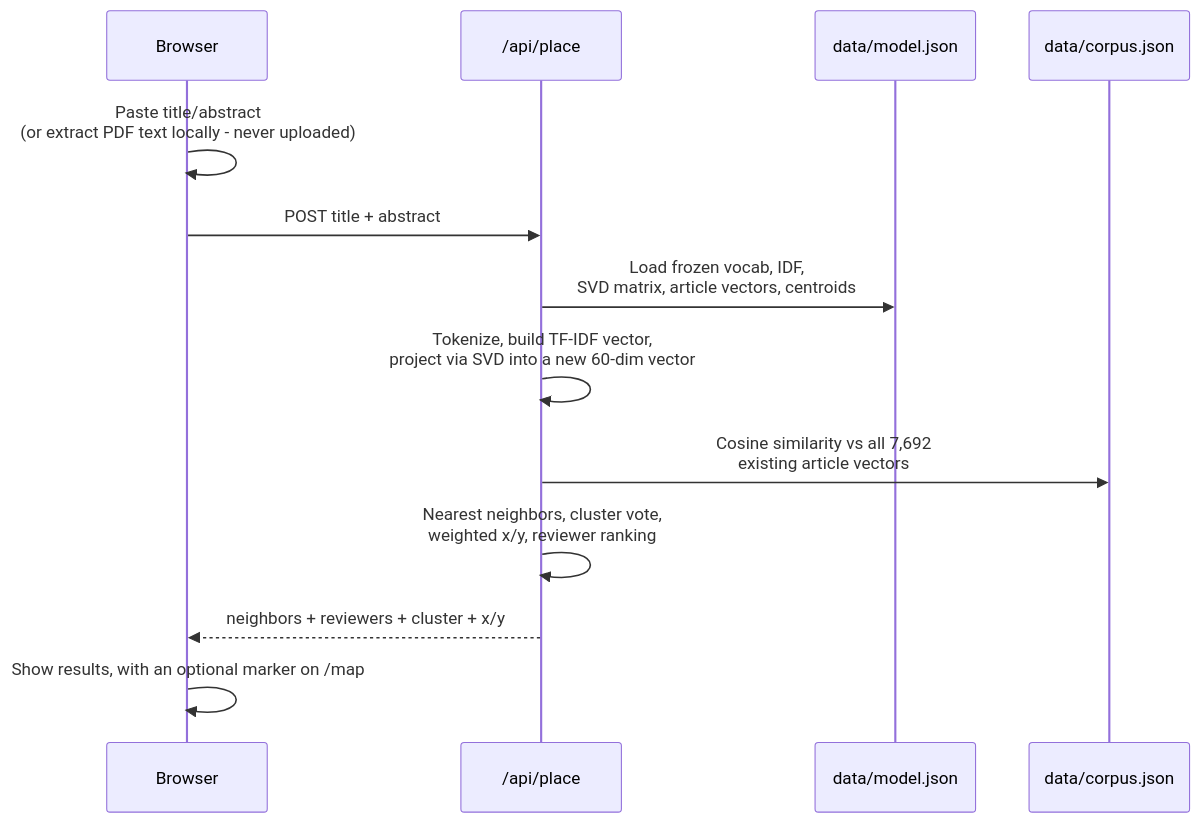
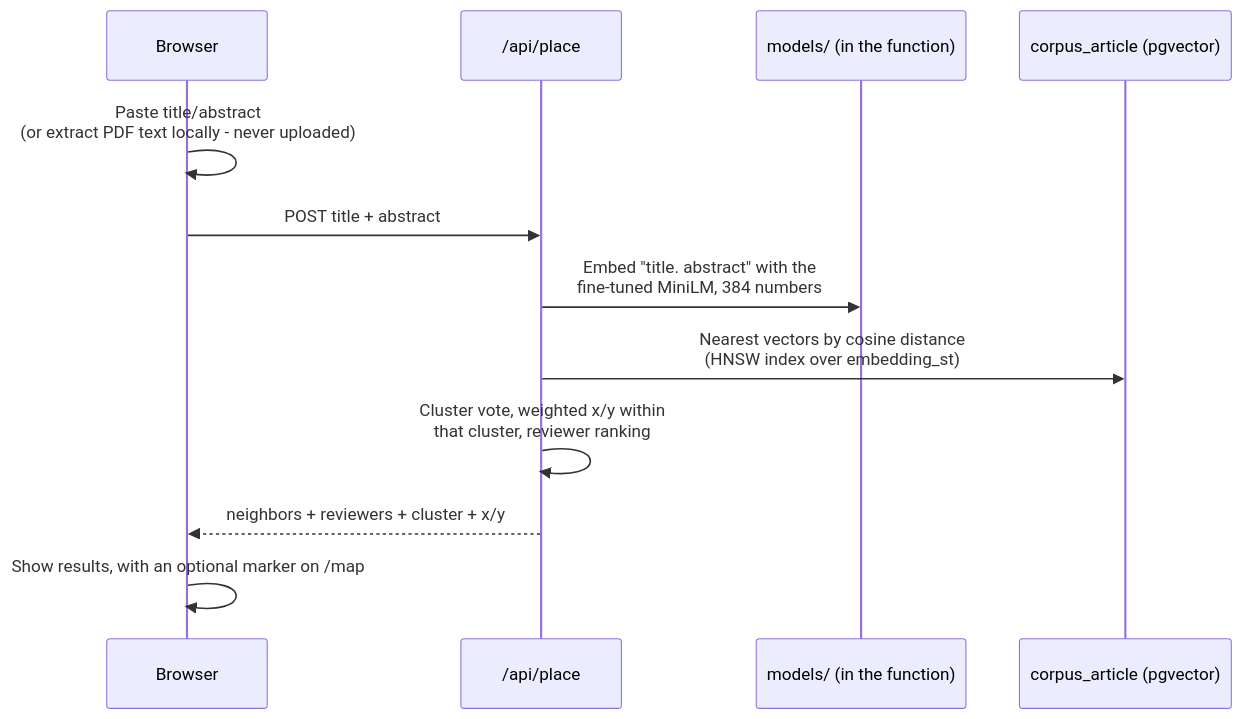
The second of 2 diagrams in README.md (david-j-cox/published-landscape), drawn with Mermaid before and after one commit. The commit also changed other lines of this file and 5 other files, not shown here.

````diff
--- a/README.md
+++ b/README.md
@@ -118,16 +122,15 @@
 ```mermaid
 sequenceDiagram
     participant U as Browser
     participant API as /api/place
-    participant M as data/model.json
-    participant C as data/corpus.json
+    participant M as models/ (in the function)
+    participant DB as corpus_article (pgvector)
 
     U->>U: Paste title/abstract<br/>(or extract PDF text locally - never uploaded)
     U->>API: POST title + abstract
-    API->>M: Load frozen vocab, IDF,<br/>SVD matrix, article vectors, centroids
-    API->>API: Tokenize, build TF-IDF vector,<br/>project via SVD into a new 60-dim vector
-    API->>C: Cosine similarity vs all 7,692<br/>existing article vectors
-    API->>API: Nearest neighbors, cluster vote,<br/>weighted x/y, reviewer ranking
+    API->>M: Embed "title. abstract" with the<br/>fine-tuned MiniLM, 384 numbers
+    API->>DB: Nearest vectors by cosine distance<br/>(HNSW index over embedding_st)
+    API->>API: Cluster vote, weighted x/y within<br/>that cluster, reviewer ranking
     API-->>U: neighbors + reviewers + cluster + x/y
     U->>U: Show results, with an optional marker on /map
 ```
````
